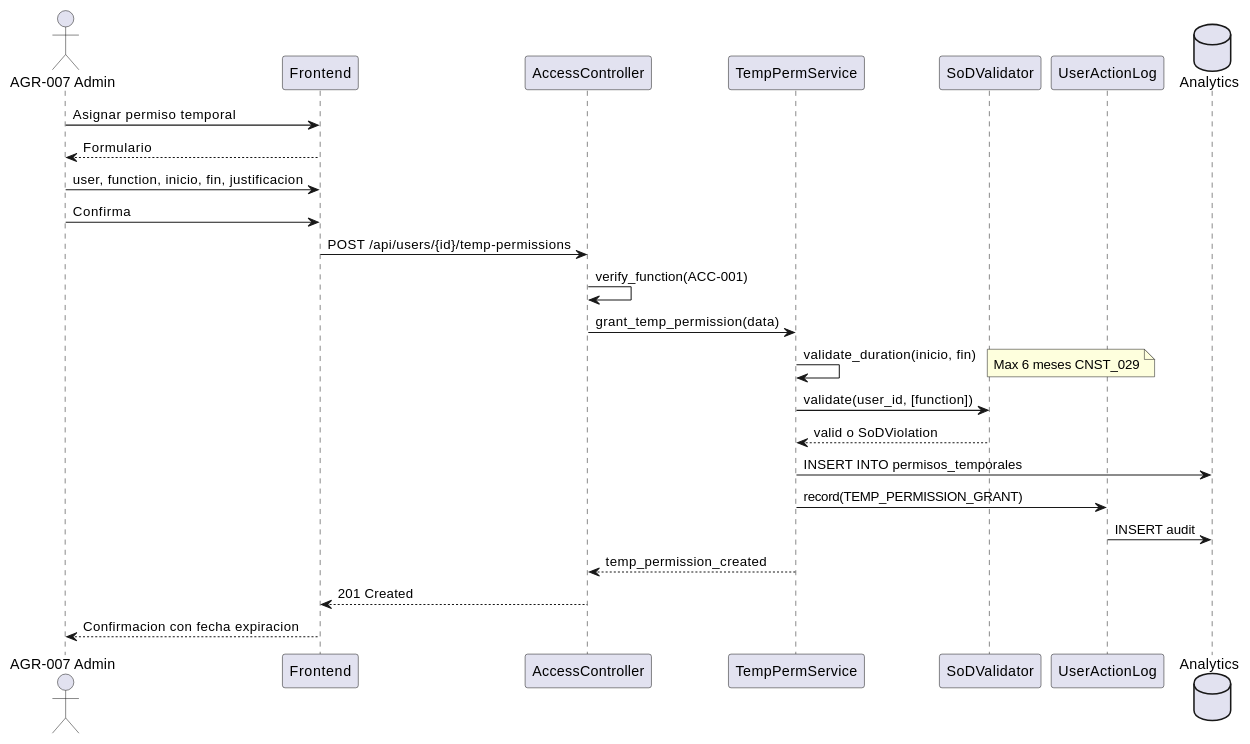
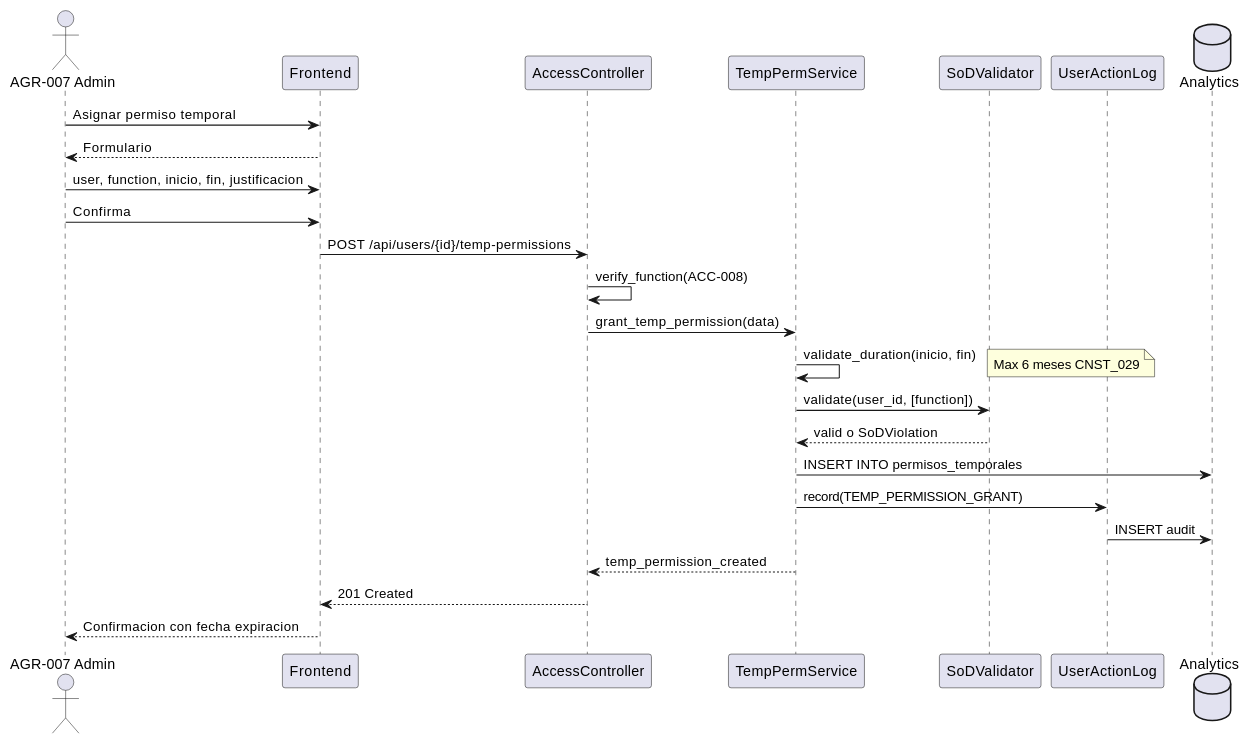
Before and after one commit to jcg-admin/IACT-docs: the second of 3 diagrams in source/requisitos/casos-uso/access/uc-acc-08-permiso-temporal.rst, drawn with PlantUML. The commit also changed other lines of this file and 8 other files, not shown here.

```diff
--- a/source/requisitos/casos-uso/access/uc-acc-08-permiso-temporal.rst
+++ b/source/requisitos/casos-uso/access/uc-acc-08-permiso-temporal.rst
@@ -182,35 +182,35 @@
 .. uml::
  :caption: Diagrama de Secuencia - UC_ACC_08
 
  @startuml
  actor "AGR-007 Admin" as A
  participant "Frontend" as FE
  participant "AccessController" as AC
  participant "TempPermService" as TPS
  participant "SoDValidator" as SOD
  participant "UserActionLog" as UAL
  database "Analytics" as DB
 
  A -> FE: Asignar permiso temporal
  FE --> A: Formulario
  A -> FE: user, function, inicio, fin, justificacion
  A -> FE: Confirma
 
  FE -> AC: POST /api/users/{id}/temp-permissions
- AC -> AC: verify_function(ACC-001)
+ AC -> AC: verify_function(ACC-008)
  AC -> TPS: grant_temp_permission(data)
 
  TPS -> TPS: validate_duration(inicio, fin)
  note right: Max 6 meses CNST_029
 
  TPS -> SOD: validate(user_id, [function])
  SOD --> TPS: valid o SoDViolation
 
  TPS -> DB: INSERT INTO permisos_temporales
  TPS -> UAL: record(TEMP_PERMISSION_GRANT)
  UAL -> DB: INSERT audit
 
  TPS --> AC: temp_permission_created
  AC --> FE: 201 Created
  FE --> A: Confirmacion con fecha expiracion
  @enduml
```
